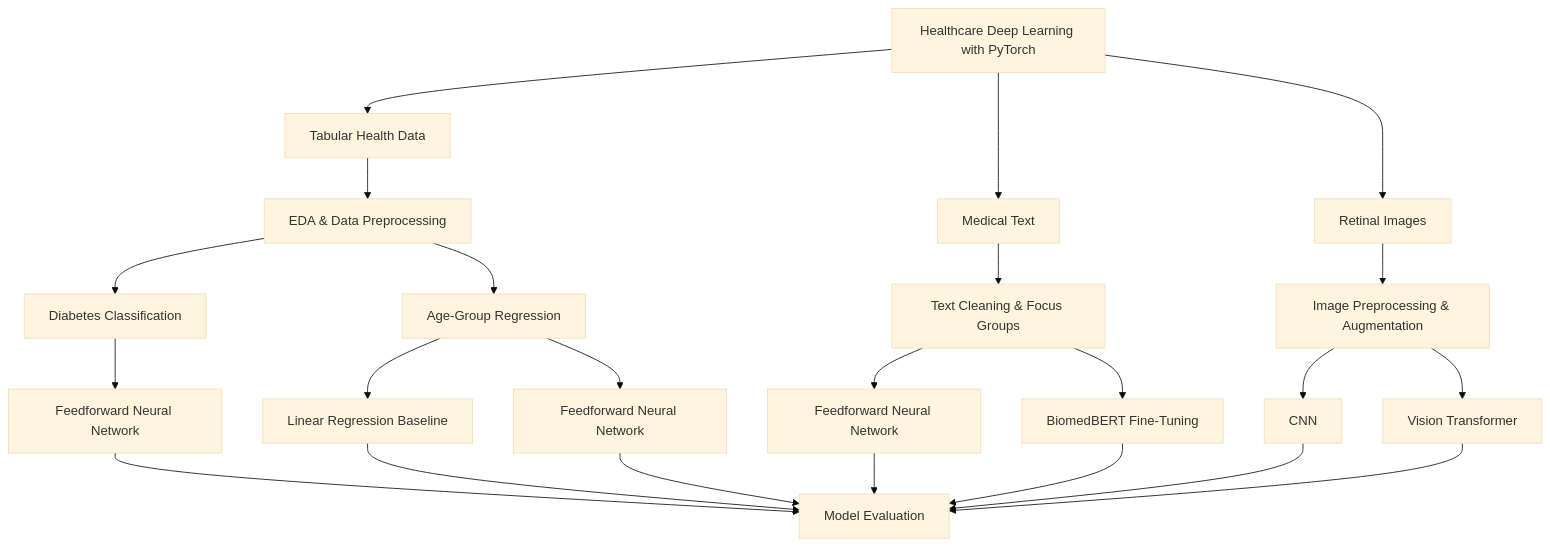
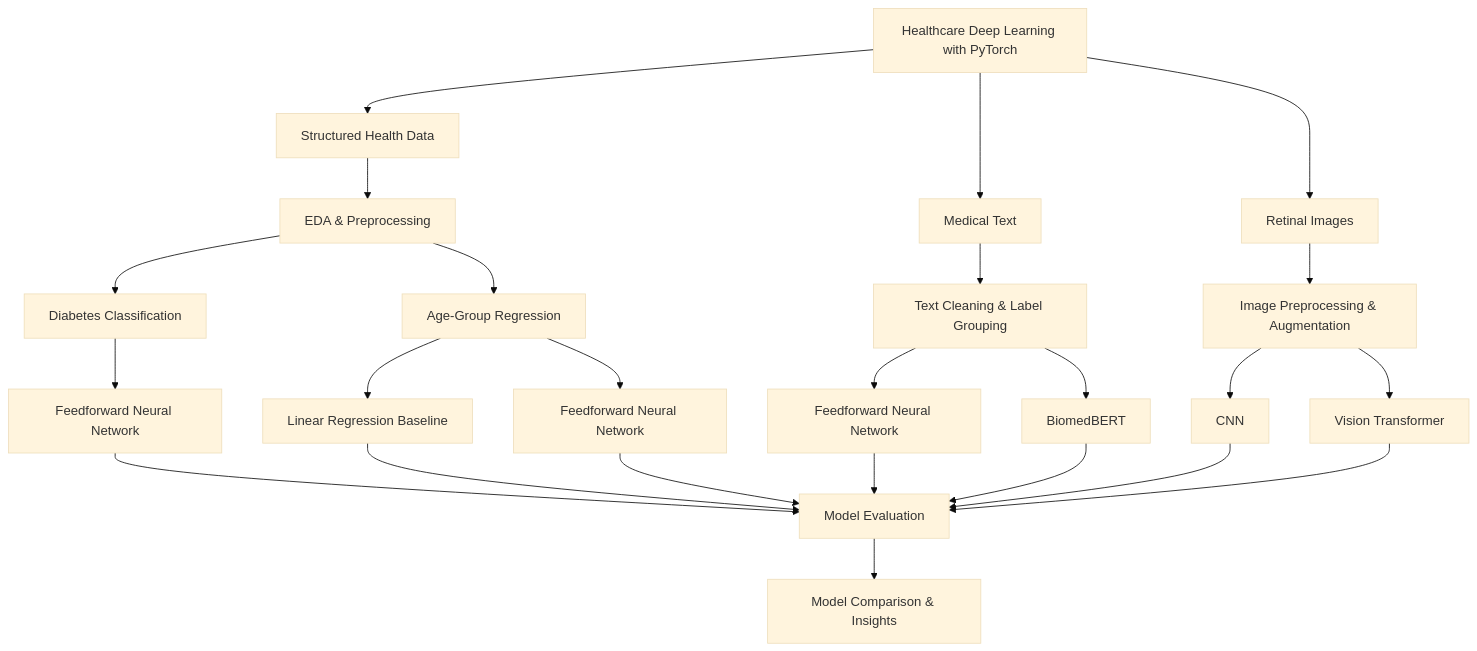
One commit to DianaSpahieva/portfolio changed the diagram in content/projects/project12/index.md. Above: the diagram before and after it, drawn with Mermaid (base theme). The commit also changed other lines of this file and 2 other files, not shown here.

Commit message:
adjust project template to data engineering or data modelling project

````diff
--- a/content/projects/project12/index.md
+++ b/content/projects/project12/index.md
@@ -53,32 +84,36 @@
 ```mermaid
 flowchart TD
 
     A[Healthcare Deep Learning with PyTorch]
 
-    A --> B[Tabular Health Data]
+    A --> B[Structured Health Data]
     A --> C[Medical Text]
     A --> D[Retinal Images]
 
-    B --> B1[EDA & Data Preprocessing]
+    B --> B1[EDA & Preprocessing]
     B1 --> B2[Diabetes Classification]
     B1 --> B3[Age-Group Regression]
+
     B2 --> B4[Feedforward Neural Network]
+
     B3 --> B5[Linear Regression Baseline]
     B3 --> B6[Feedforward Neural Network]
 
-    C --> C1[Text Cleaning & Focus Groups]
+    C --> C1[Text Cleaning & Label Grouping]
     C1 --> C2[Feedforward Neural Network]
-    C1 --> C3[BiomedBERT Fine-Tuning]
+    C1 --> C3[BiomedBERT]
 
     D --> D1[Image Preprocessing & Augmentation]
     D1 --> D2[CNN]
     D1 --> D3[Vision Transformer]
 
     B4 --> E[Model Evaluation]
     B5 --> E
     B6 --> E
     C2 --> E
     C3 --> E
     D2 --> E
     D3 --> E
+
+    E --> F[Model Comparison & Insights]
 ```
````
